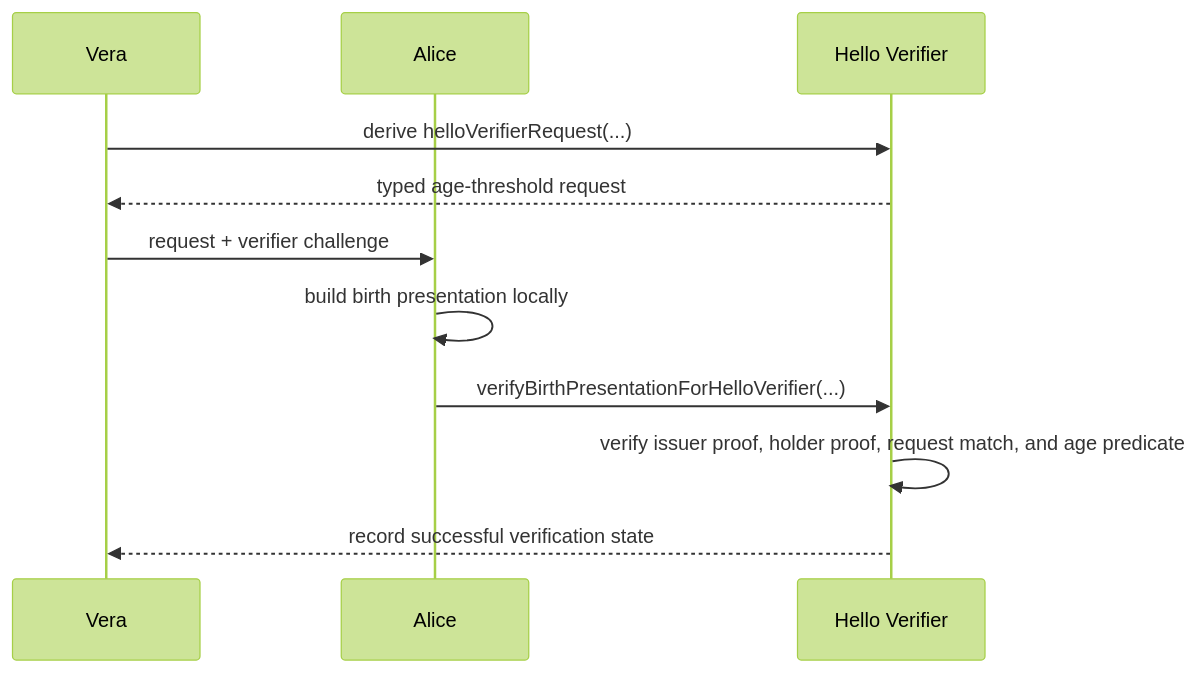
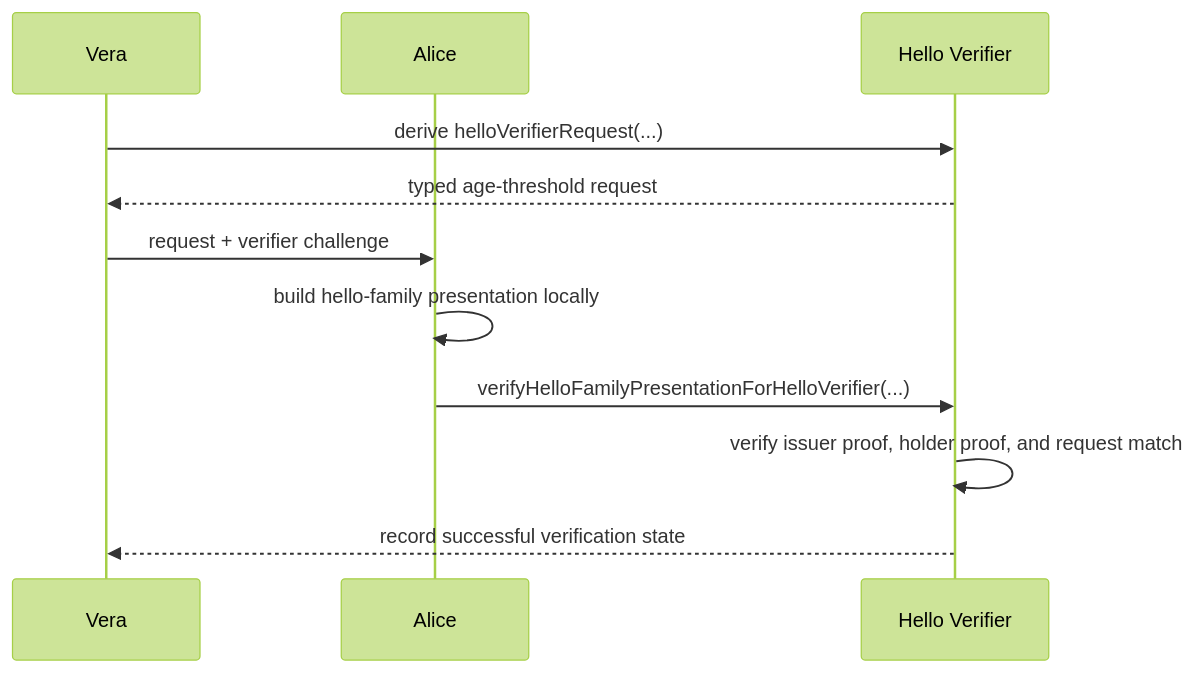
Before and after one commit to midnightntwrk/midnight-verifiable-credentials: diagram 12 of 12 in docs/guides/midnight-credentials-for-dummies.md, drawn with Mermaid (forest theme). The commit also changed other lines of this file and 15 other files, not shown here.

Commit message:
feat(use-cases): rebase hello-verifier starter onto hello-family

````diff
--- a/docs/guides/midnight-credentials-for-dummies.md
+++ b/docs/guides/midnight-credentials-for-dummies.md
@@ -2006,14 +2006,14 @@
 ```mermaid
 sequenceDiagram
     participant Vera as Vera
     participant Alice as Alice
     participant Contract as Hello Verifier
 
     Vera->>Contract: derive helloVerifierRequest(...)
     Contract-->>Vera: typed age-threshold request
     Vera->>Alice: request + verifier challenge
-    Alice->>Alice: build birth presentation locally
-    Alice->>Contract: verifyBirthPresentationForHelloVerifier(...)
-    Contract->>Contract: verify issuer proof, holder proof, request match, and age predicate
+    Alice->>Alice: build hello-family presentation locally
+    Alice->>Contract: verifyHelloFamilyPresentationForHelloVerifier(...)
+    Contract->>Contract: verify issuer proof, holder proof, and request match
     Contract-->>Vera: record successful verification state
 ```
````
